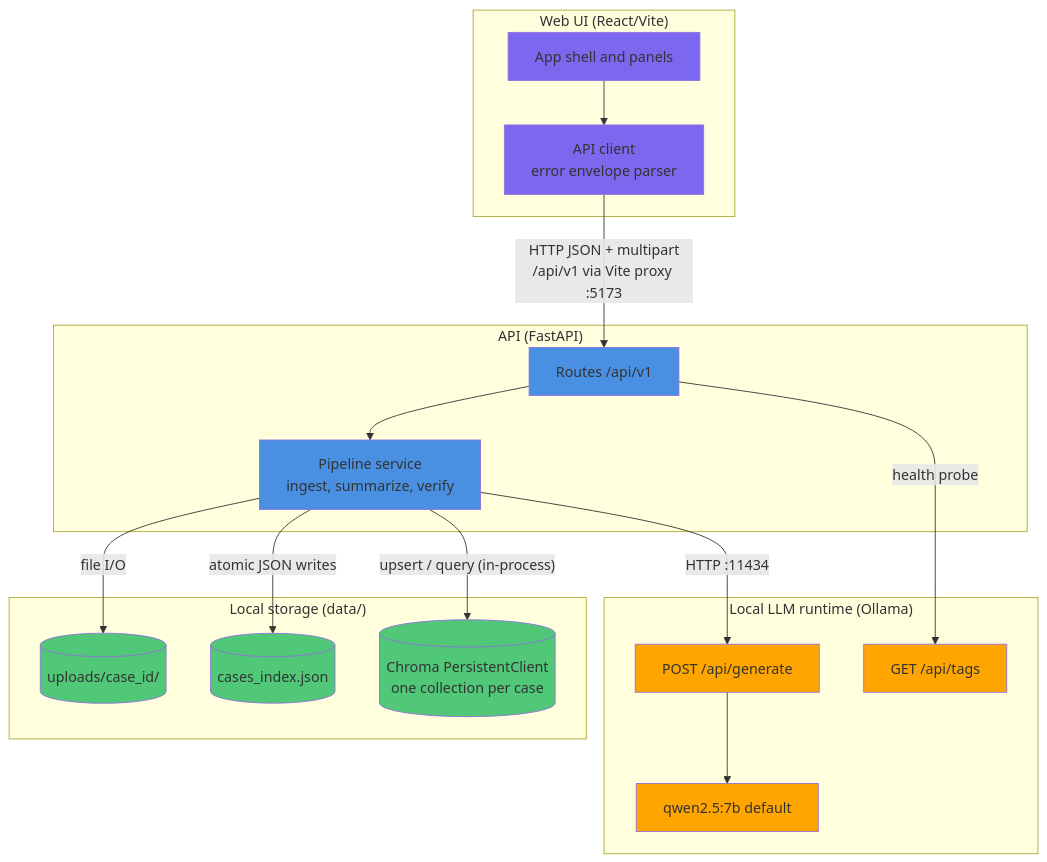
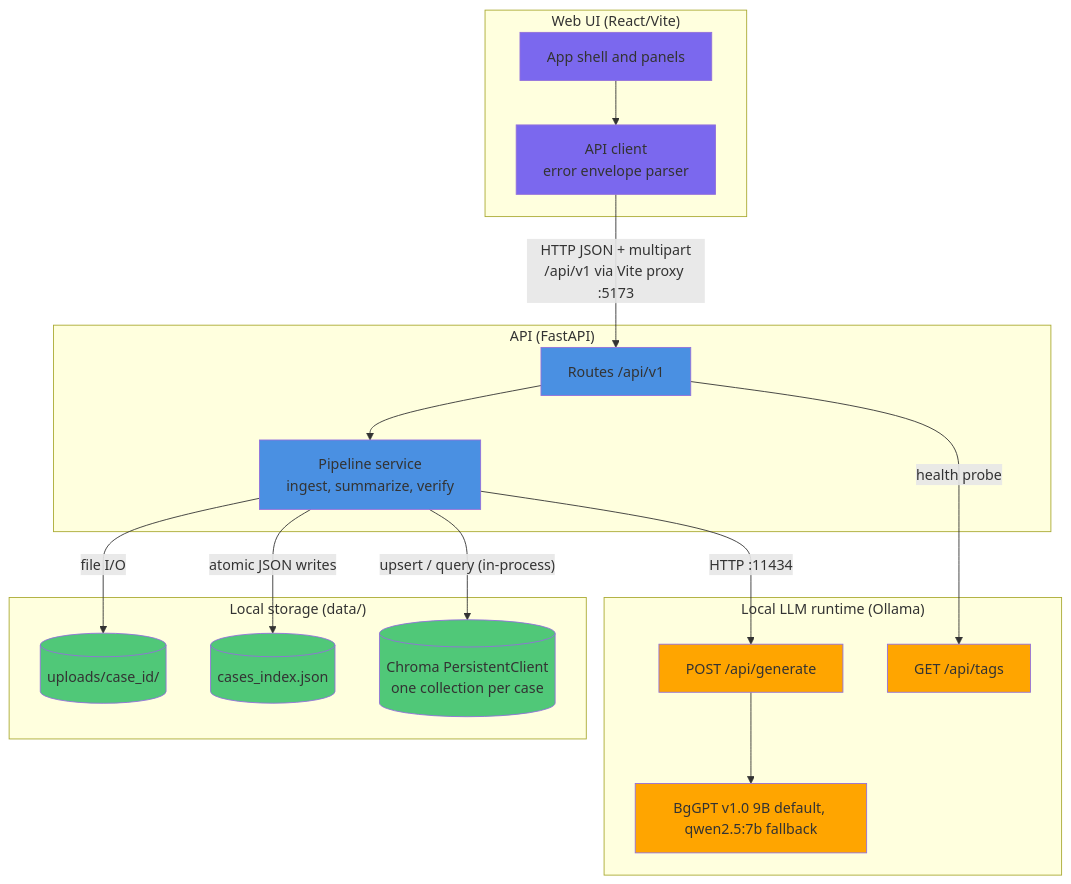
The first of 16 diagrams in docs/architecture-diagrams.md (mdimitrov1298/Legal-Document-Assistant), drawn with Mermaid before and after one commit. The commit also changed other lines of this file and 9 other files, not shown here.

Commit message:
Make BgGPT v1.0 9B (s_emanuilov/BgGPT-v1.0:9b) the default model; keep qwen2.5:7b as low-memory fallback

````diff
--- a/docs/architecture-diagrams.md
+++ b/docs/architecture-diagrams.md
@@ -5,45 +5,45 @@
 ```mermaid
 graph TB
     subgraph WebUI["Web UI (React/Vite)"]
         FE_APP[App shell and panels]
         FE_API[API client<br/>error envelope parser]
         FE_APP --> FE_API
     end
 
     subgraph Backend["API (FastAPI)"]
         BE_ROUTES[Routes /api/v1]
         BE_PIPE[Pipeline service<br/>ingest, summarize, verify]
         BE_ROUTES --> BE_PIPE
     end
 
     subgraph Storage["Local storage (data/)"]
         ST_UP[(uploads/case_id/)]
         ST_IDX[(cases_index.json)]
         ST_CHROMA[(Chroma PersistentClient<br/>one collection per case)]
     end
 
     subgraph Runtime["Local LLM runtime (Ollama)"]
         OL_GEN[POST /api/generate]
         OL_TAGS[GET /api/tags]
-        OL_MODEL[qwen2.5:7b default]
+        OL_MODEL[BgGPT v1.0 9B default, qwen2.5:7b fallback]
         OL_GEN --> OL_MODEL
     end
 
     FE_API -->|"HTTP JSON + multipart<br/>/api/v1 via Vite proxy :5173"| BE_ROUTES
     BE_PIPE -->|file I/O| ST_UP
     BE_PIPE -->|atomic JSON writes| ST_IDX
     BE_PIPE -->|"upsert / query (in-process)"| ST_CHROMA
     BE_PIPE -->|"HTTP :11434"| OL_GEN
     BE_ROUTES -->|health probe| OL_TAGS
 
     style FE_APP fill:#7b68ee
     style FE_API fill:#7b68ee
     style BE_ROUTES fill:#4a90e2
     style BE_PIPE fill:#4a90e2
     style ST_UP fill:#50c878
     style ST_IDX fill:#50c878
     style ST_CHROMA fill:#50c878
     style OL_GEN fill:#ffa500
     style OL_TAGS fill:#ffa500
     style OL_MODEL fill:#ffa500
 ```
````
